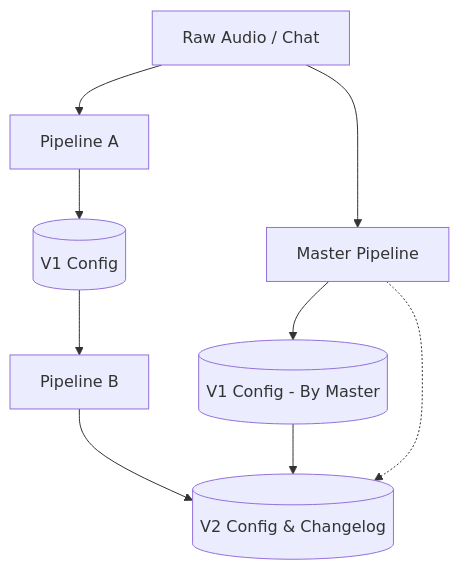
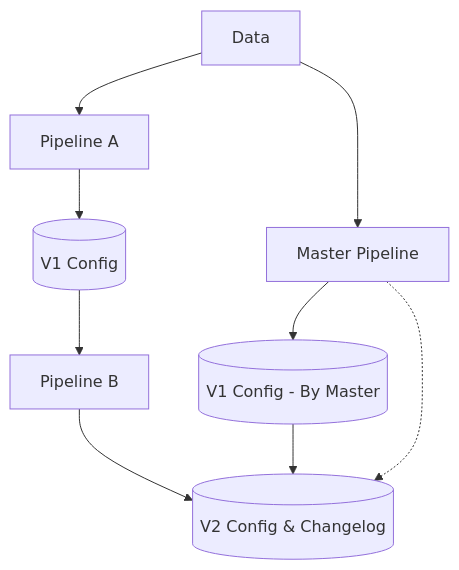
One commit to dheerajpapani/Clara-AI changed the first of 2 diagrams in README.md. Above: the diagram before and after it, drawn with Mermaid. The commit also changed other lines of this file, not shown here.

````diff
--- a/README.md
+++ b/README.md
@@ -95,18 +105,16 @@
 ```mermaid
 flowchart TD
-    Data[Raw Audio / Chat]
-
     %% Main pipeline
     Data --> PA[Pipeline A]
     PA --> V1[(V1 Config)]
     V1 --> PB[Pipeline B]
 
     %% Orchestrator path
     Data --> Master[Master Pipeline]
     Master --> V3[(V1 Config - By Master)]
 
     %% Final merge
     PB --> V2[(V2 Config & Changelog)]
     V3 --> V2
     Master -.-> V2
 ```
````
